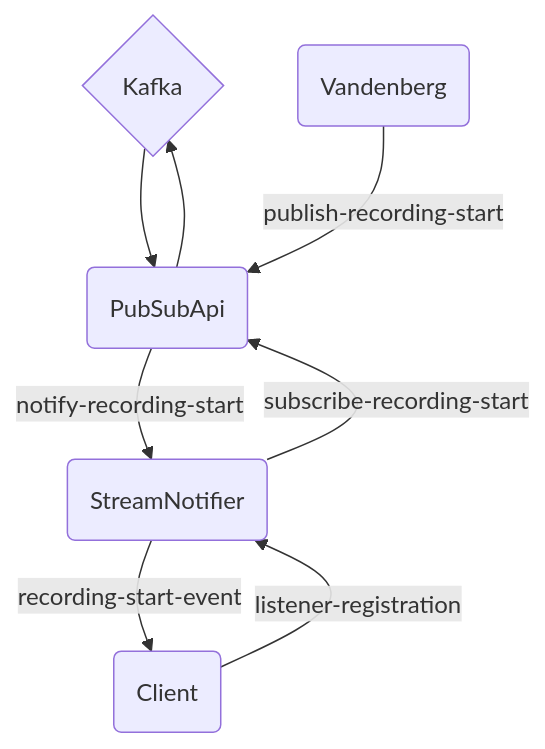
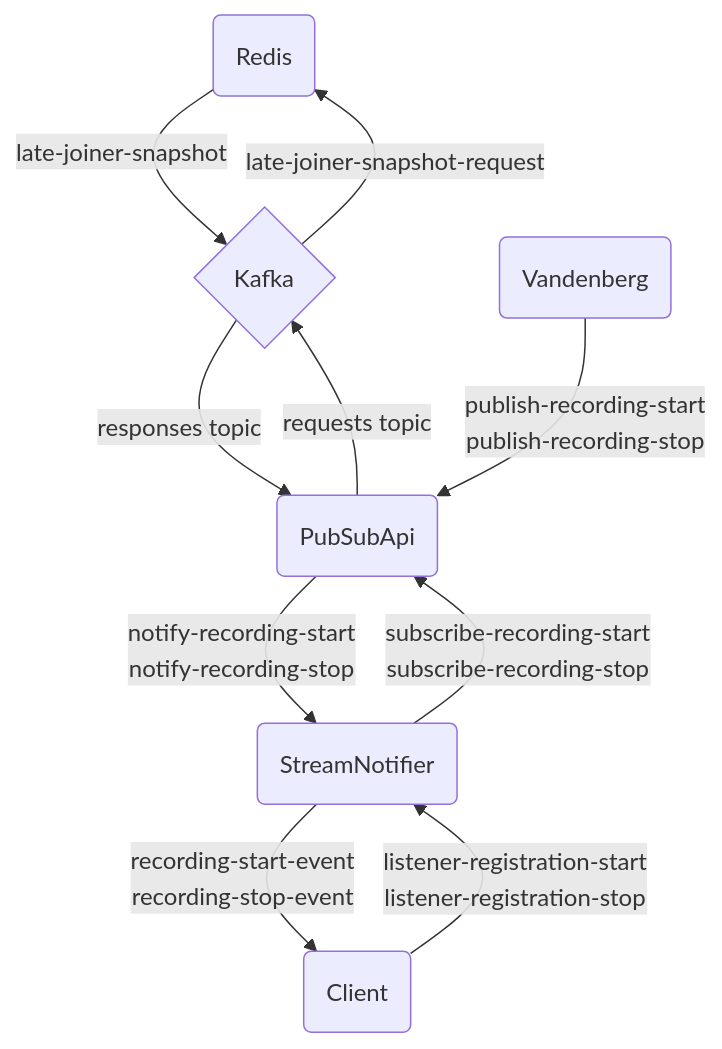
Before and after one commit to unicomp23/omni: the diagram in async.notifications.md, drawn with Mermaid.

Commit message:
mermaidjs

````diff
--- a/async.notifications.md
+++ b/async.notifications.md
@@ -3,10 +3,12 @@
 ```mermaid
 flowchart TD
-    Kafka_{Kafka} -->PubSubApi_(PubSubApi)
-    PubSubApi_ -->Kafka_
-    Vandenberg_(Vandenberg) -->|publish-recording-start| PubSubApi_
-    PubSubApi_ -->|notify-recording-start| StreamNotifier_(StreamNotifier)
-    StreamNotifier_ -->|subscribe-recording-start| PubSubApi_
-    Client_(Client) -->|listener-registration| StreamNotifier_
-    StreamNotifier_ -->|recording-start-event| Client_
+    Redis_(Redis) -->|late-joiner-snapshot|Kafka_
+    Kafka_ -->|late-joiner-snapshot-request|Redis_
+    Kafka_{Kafka} -->|responses topic|PubSubApi_(PubSubApi)
+    PubSubApi_ -->|requests topic|Kafka_
+    Vandenberg_(Vandenberg) -->|publish-recording-start<br>publish-recording-stop| PubSubApi_
+    PubSubApi_ -->|notify-recording-start<br>notify-recording-stop| StreamNotifier_(StreamNotifier)
+    StreamNotifier_ -->|subscribe-recording-start<br>subscribe-recording-stop| PubSubApi_
+    Client_(Client) -->|listener-registration-start<br>listener-registration-stop| StreamNotifier_
+    StreamNotifier_ -->|recording-start-event<br>recording-stop-event| Client_
 ```
````
